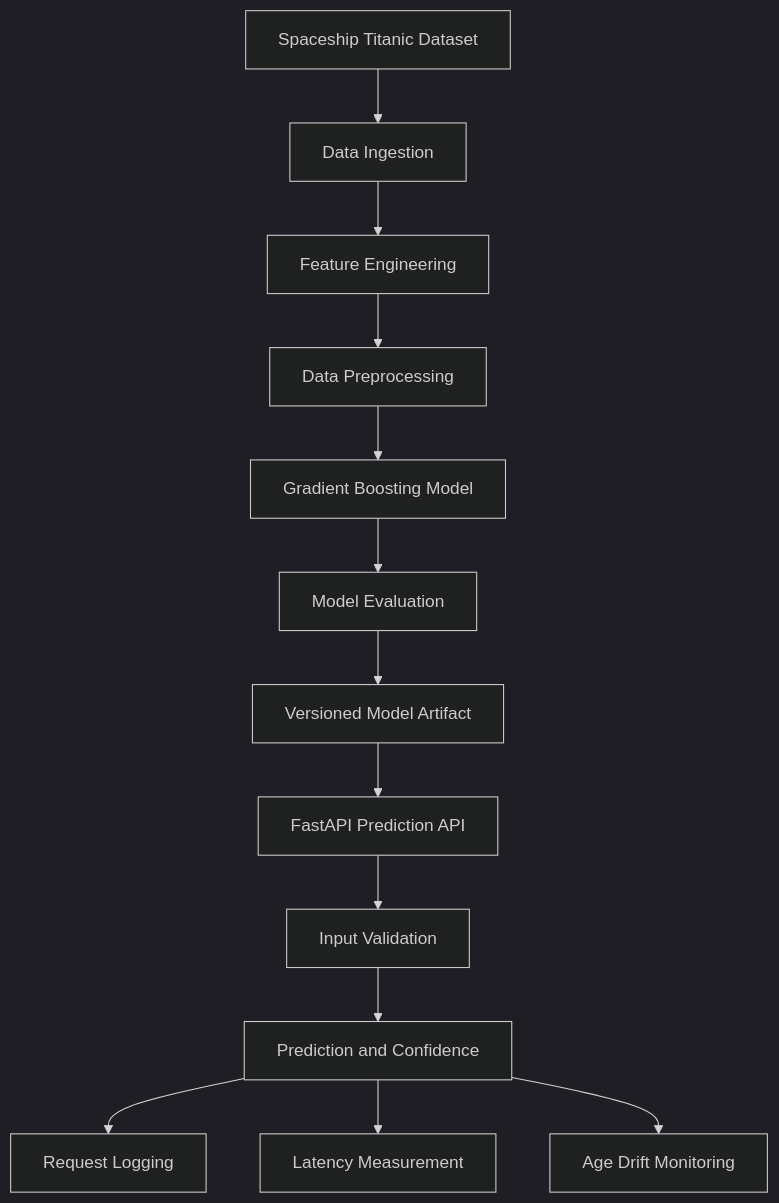
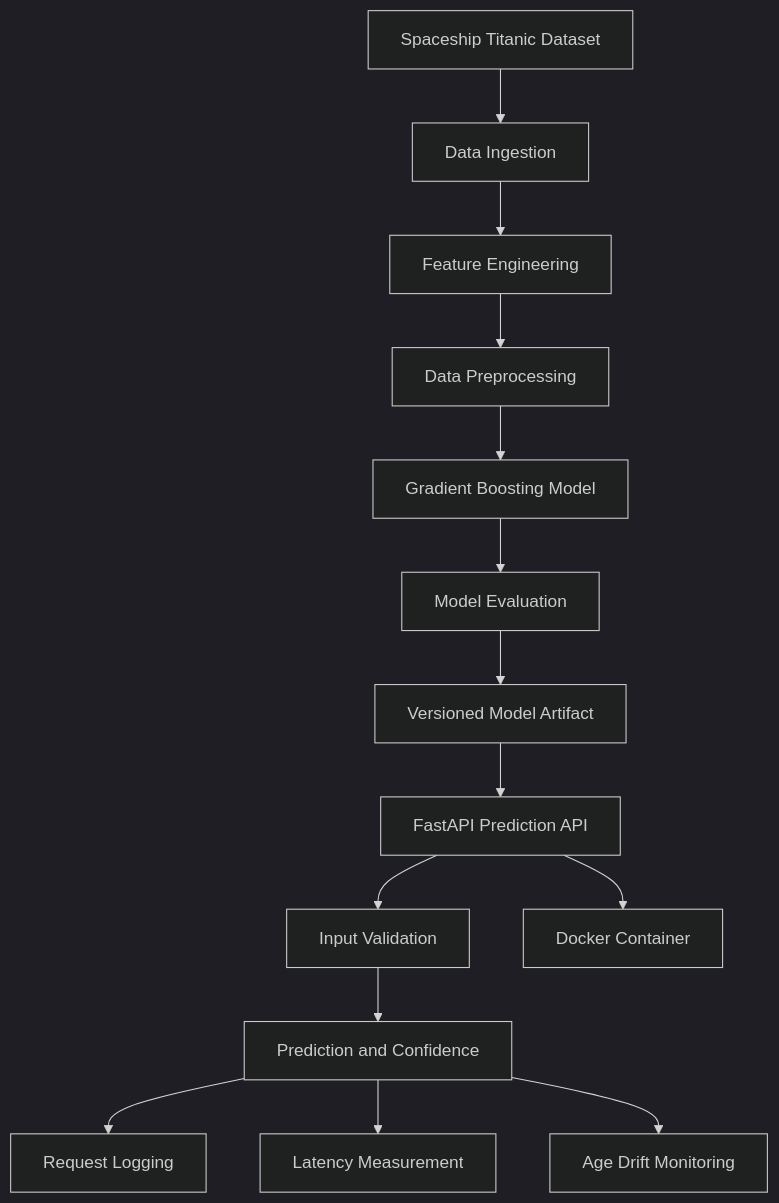
The diagram in README.md (RudraPratapSingh10/crunchy-data-scientist-t5-rudra_ya_10), drawn with Mermaid (dark theme) before and after one commit. The commit also changed other lines of this file, not shown here.

Commit message:
Update README with Docker and testing documentation

````diff
--- a/README.md
+++ b/README.md
@@ -31,15 +33,16 @@
 ```mermaid
 flowchart TD
     A[Spaceship Titanic Dataset] --> B[Data Ingestion]
     B --> C[Feature Engineering]
     C --> D[Data Preprocessing]
     D --> E[Gradient Boosting Model]
     E --> F[Model Evaluation]
     F --> G[Versioned Model Artifact]
     G --> H[FastAPI Prediction API]
     H --> I[Input Validation]
     I --> J[Prediction and Confidence]
     J --> K[Request Logging]
     J --> L[Latency Measurement]
     J --> M[Age Drift Monitoring]
+    H --> N[Docker Container]
 ```
````
